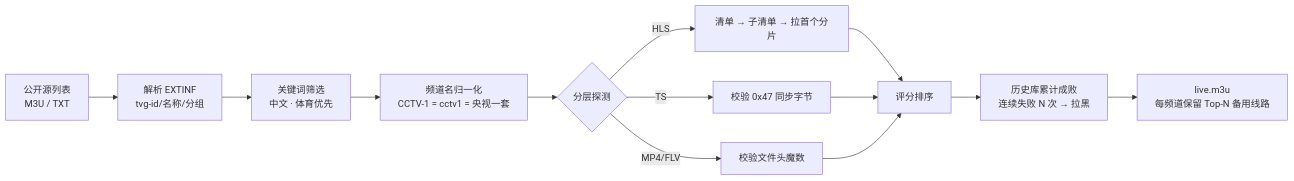
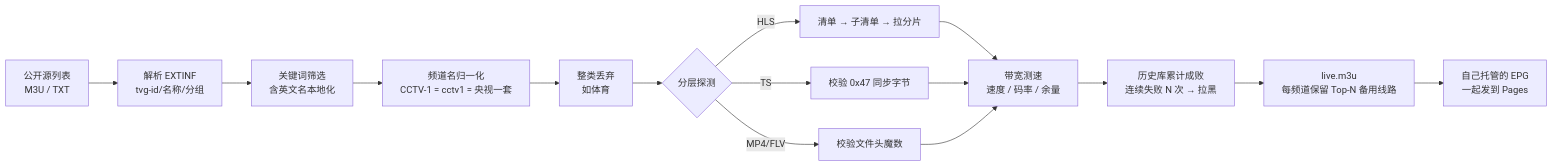
The first of 3 diagrams in README.md (bswy311/myIPTV), drawn with Mermaid before and after one commit. The commit also changed other lines of this file and 25 other files, not shown here.

````diff
--- a/README.md
+++ b/README.md
@@ -15,15 +15,17 @@
 ```mermaid
 flowchart LR
     A[公开源列表<br/>M3U / TXT] --> B[解析 EXTINF<br/>tvg-id/名称/分组]
-    B --> C[关键词筛选<br/>中文 · 体育优先]
+    B --> C[关键词筛选<br/>含英文名本地化]
     C --> D[频道名归一化<br/>CCTV-1 = cctv1 = 央视一套]
-    D --> E{分层探测}
-    E -->|HLS| F[清单 → 子清单 → 拉首个分片]
+    D --> D2[整类丢弃<br/>如体育]
+    D2 --> E{分层探测}
+    E -->|HLS| F[清单 → 子清单 → 拉分片]
     E -->|TS| G[校验 0x47 同步字节]
     E -->|MP4/FLV| H[校验文件头魔数]
-    F --> I[评分排序]
+    F --> I[带宽测速<br/>速度 / 码率 / 余量]
     G --> I
     H --> I
     I --> J[历史库累计成败<br/>连续失败 N 次 → 拉黑]
     J --> K[live.m3u<br/>每频道保留 Top-N 备用线路]
+    K --> L[自己托管的 EPG<br/>一起发到 Pages]
 ```
````
